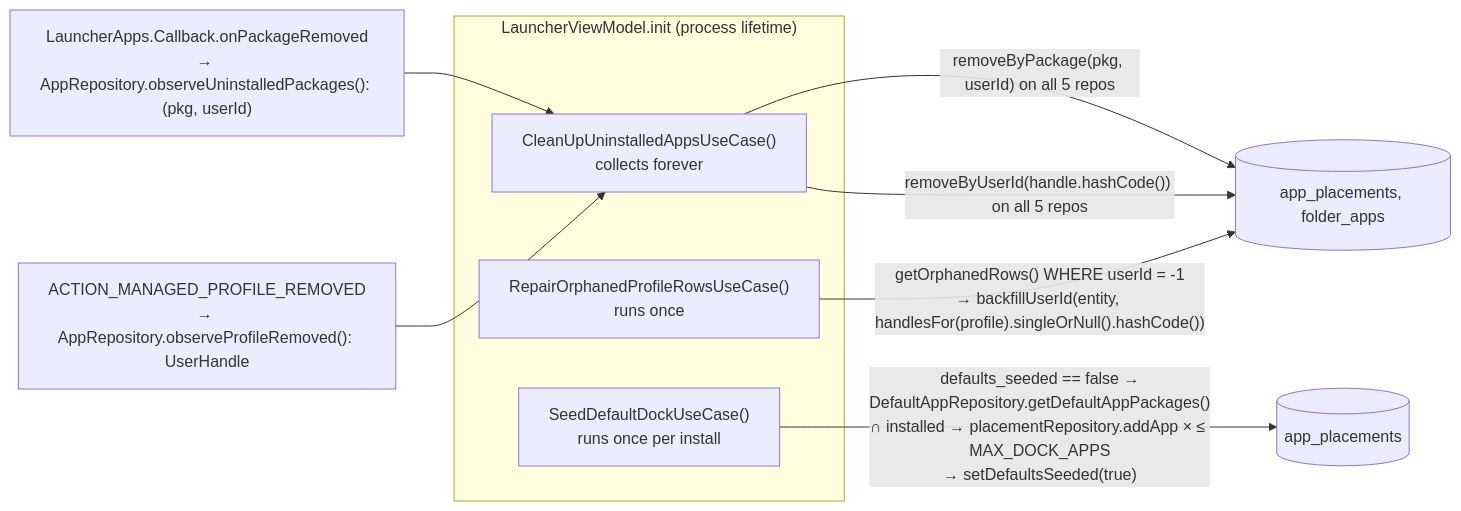
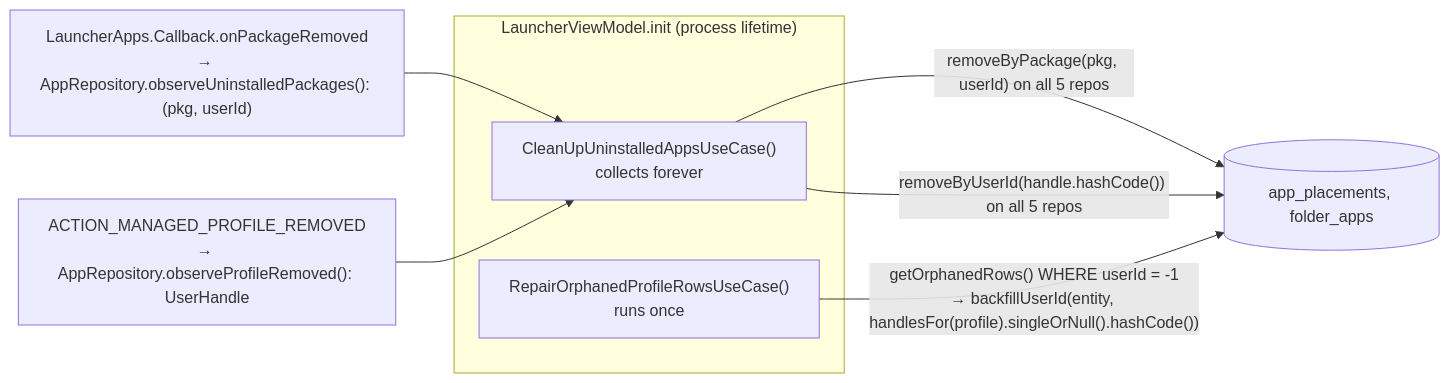
One commit to rohitganjam/facet-launcher changed the third of 3 diagrams in docs/architecture/08-flow-placements.md. Above: the diagram before and after it, drawn with Mermaid. The commit also changed other lines of this file and 38 other files, not shown here.

First line of the commit message:
Facets own their Dock and Favorites: seed per facet, onboarding edits the first facet

````diff
--- a/docs/architecture/08-flow-placements.md
+++ b/docs/architecture/08-flow-placements.md
@@ -84,14 +84,12 @@
 ```mermaid
 flowchart LR
     subgraph LVM["LauncherViewModel.init (process lifetime)"]
         A["CleanUpUninstalledAppsUseCase()\ncollects forever"]
         B["RepairOrphanedProfileRowsUseCase()\nruns once"]
-        C["SeedDefaultDockUseCase()\nruns once per install"]
     end
     OS1["LauncherApps.Callback.onPackageRemoved\n→ AppRepository.observeUninstalledPackages(): (pkg, userId)"] --> A
     OS2["ACTION_MANAGED_PROFILE_REMOVED\n→ AppRepository.observeProfileRemoved(): UserHandle"] --> A
     A -- "removeByPackage(pkg, userId) on all 5 repos" --> T1[(app_placements, folder_apps)]
     A -- "removeByUserId(handle.hashCode()) on all 5 repos" --> T1
     B -- "getOrphanedRows() WHERE userId = -1\n→ backfillUserId(entity, handlesFor(profile).singleOrNull().hashCode())" --> T1
-    C -- "defaults_seeded == false →\nDefaultAppRepository.getDefaultAppPackages()\n∩ installed → placementRepository.addApp × ≤ MAX_DOCK_APPS\n→ setDefaultsSeeded(true)" --> T2[(app_placements)]
 ```
````
